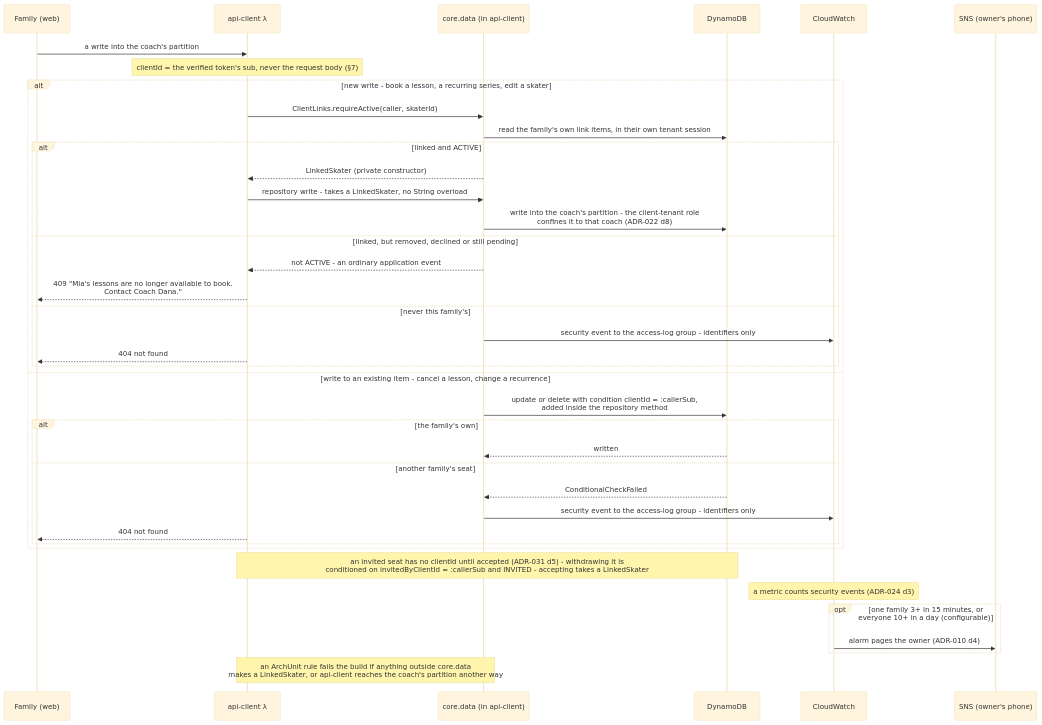
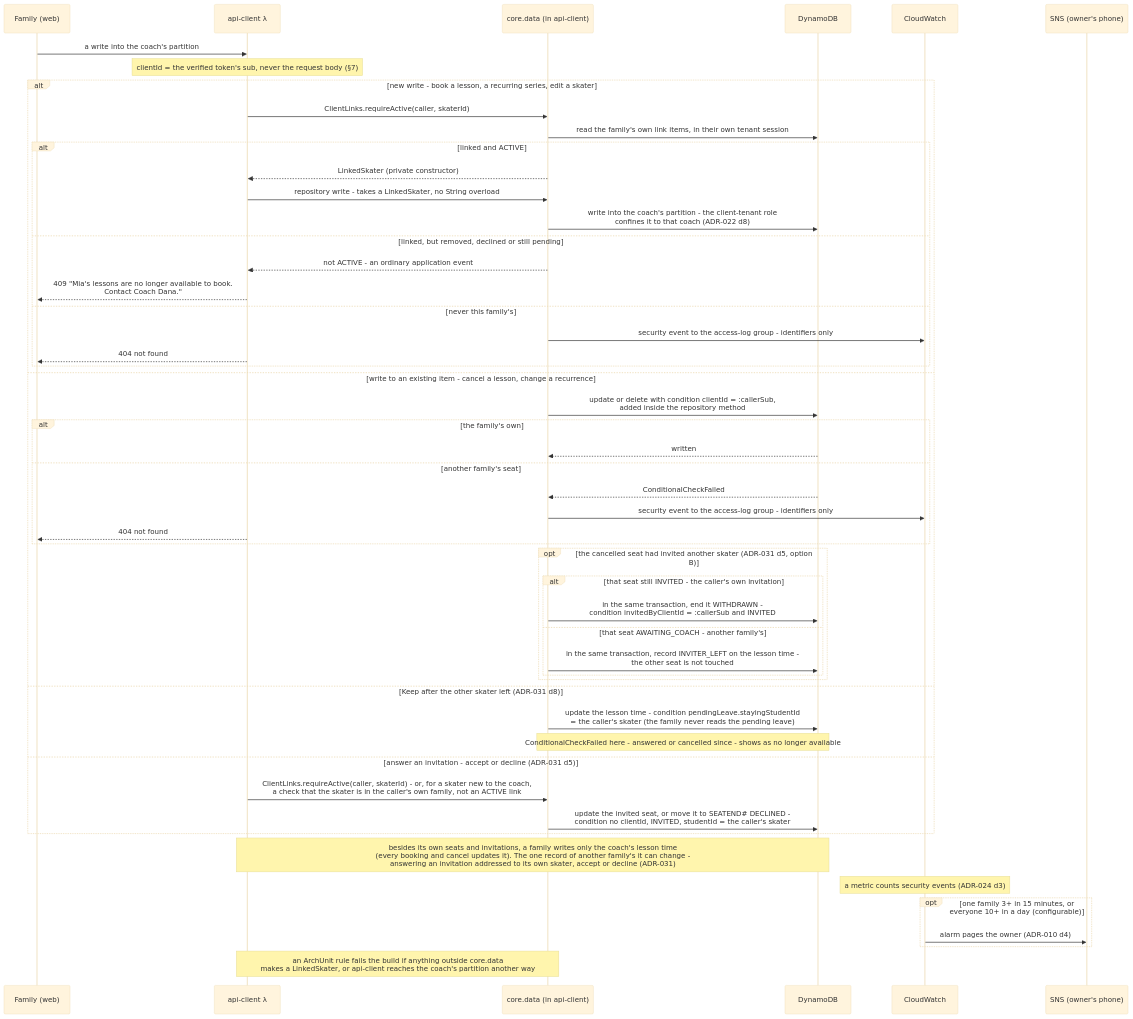
Diagram 25 of 28 in docs/architecture.md (jessicamvega6/bladebook), drawn with Mermaid (base theme) before and after one commit. The commit also changed other lines of this file and 30 other files, not shown here.

First line of the commit message:
ADR-031 revision: no family writes another family's records

````diff
--- a/docs/architecture.md
+++ b/docs/architecture.md
@@ -1950,41 +2009,54 @@
 ```mermaid
 sequenceDiagram
     participant F as Family (web)
     participant API as api-client λ
     participant CD as core.data (in api-client)
     participant DB as DynamoDB
     participant CW as CloudWatch
     participant SNS as SNS (owner's phone)
     F->>API: a write into the coach's partition
     Note over API: clientId = the verified token's sub, never the request body (§7)
     alt new write - book a lesson, a recurring series, edit a skater
         API->>CD: ClientLinks.requireActive(caller, skaterId)
         CD->>DB: read the family's own link items, in their own tenant session
         alt linked and ACTIVE
             CD-->>API: LinkedSkater (private constructor)
             API->>CD: repository write - takes a LinkedSkater, no String overload
             CD->>DB: write into the coach's partition - the client-tenant role<br/>confines it to that coach (ADR-022 d8)
         else linked, but removed, declined or still pending
             CD-->>API: not ACTIVE - an ordinary application event
             API-->>F: 409 "Mia's lessons are no longer available to book.<br/>Contact Coach Dana."
         else never this family's
             CD->>CW: security event to the access-log group - identifiers only
             API-->>F: 404 not found
         end
     else write to an existing item - cancel a lesson, change a recurrence
         CD->>DB: update or delete with condition clientId = :callerSub,<br/>added inside the repository method
         alt the family's own
             DB-->>CD: written
         else another family's seat
             DB-->>CD: ConditionalCheckFailed
             CD->>CW: security event to the access-log group - identifiers only
             API-->>F: 404 not found
         end
+        opt the cancelled seat had invited another skater (ADR-031 d5, option B)
+            alt that seat still INVITED - the caller's own invitation
+                CD->>DB: in the same transaction, end it WITHDRAWN -<br/>condition invitedByClientId = :callerSub and INVITED
+            else that seat AWAITING_COACH - another family's
+                CD->>DB: in the same transaction, record INVITER_LEFT on the lesson time -<br/>the other seat is not touched
+            end
+        end
+    else Keep after the other skater left (ADR-031 d8)
+        CD->>DB: update the lesson time - condition pendingLeave.stayingStudentId<br/>= the caller's skater (the family never reads the pending leave)
+        Note over CD,DB: ConditionalCheckFailed here - answered or cancelled since - shows as no longer available
+    else answer an invitation - accept or decline (ADR-031 d5)
+        API->>CD: ClientLinks.requireActive(caller, skaterId) - or, for a skater new to the coach,<br/>a check that the skater is in the caller's own family, not an ACTIVE link
+        CD->>DB: update the invited seat, or move it to SEATEND#35; DECLINED -<br/>condition no clientId, INVITED, studentId = the caller's skater
     end
-    Note over API,DB: an invited seat has no clientId until accepted (ADR-031 d5) - withdrawing it is<br/>conditioned on invitedByClientId = :callerSub and INVITED - accepting takes a LinkedSkater
+    Note over API,DB: besides its own seats and invitations, a family writes only the coach's lesson time<br/>(every booking and cancel updates it). The one record of another family's it can change -<br/>answering an invitation addressed to its own skater, accept or decline (ADR-031)
     Note over CW: a metric counts security events (ADR-024 d3)
     opt one family 3+ in 15 minutes, or everyone 10+ in a day (configurable)
         CW->>SNS: alarm pages the owner (ADR-010 d4)
     end
     Note over API,CD: an ArchUnit rule fails the build if anything outside core.data<br/>makes a LinkedSkater, or api-client reaches the coach's partition another way
 ```
````
